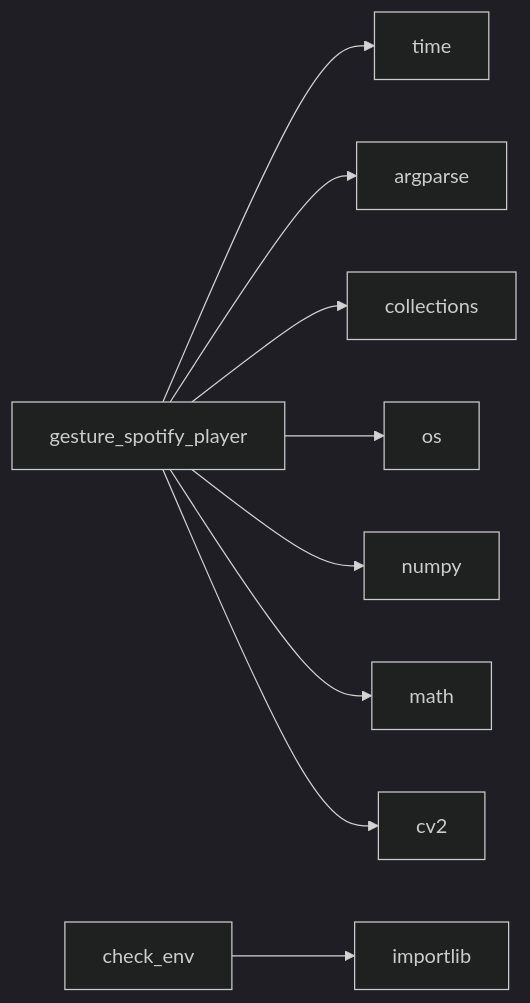
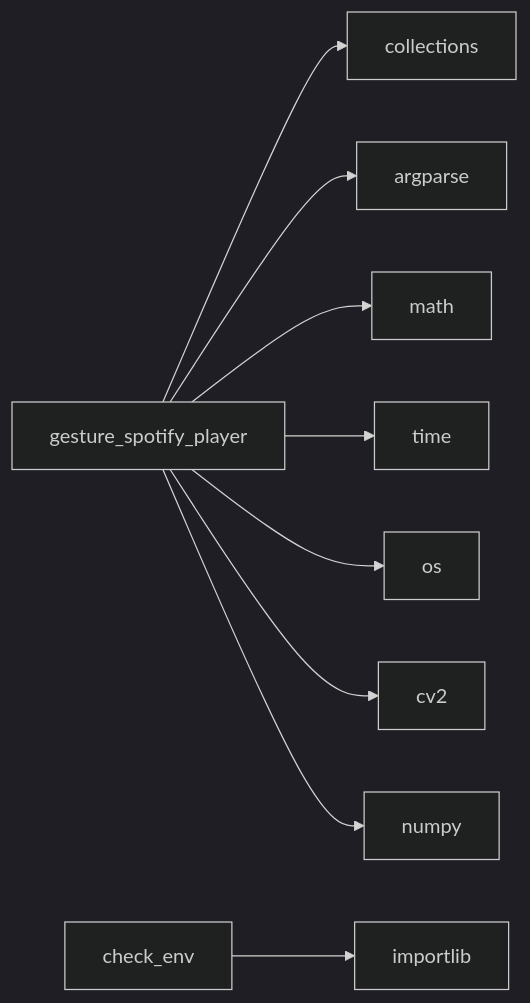
The diagram in .github/docs/dependencies.md (NITISH-R-G/PalmPlay1), drawn with Mermaid (dark theme) before and after one commit. The commit also changed other lines of this file and 3 other files, not shown here.

Commit message:
docs: update repository documentation and diagrams [skip ci]

````diff
--- a/.github/docs/dependencies.md
+++ b/.github/docs/dependencies.md
@@ -3,15 +3,15 @@
 ```mermaid
 graph LR
     gesture_spotify_player[gesture_spotify_player]
+    gesture_spotify_player --> collections[collections]
+    gesture_spotify_player --> argparse[argparse]
+    gesture_spotify_player --> math[math]
     gesture_spotify_player --> time[time]
-    gesture_spotify_player --> argparse[argparse]
-    gesture_spotify_player --> collections[collections]
     gesture_spotify_player --> os[os]
+    gesture_spotify_player --> cv2[cv2]
     gesture_spotify_player --> numpy[numpy]
-    gesture_spotify_player --> math[math]
-    gesture_spotify_player --> cv2[cv2]
     check_env[check_env]
     check_env --> importlib[importlib]
     click gesture_spotify_player href "https://github.com/NITISH-R-G/PalmPlay1/blob/main/gesture_spotify_player.py" "View source code"
     click check_env href "https://github.com/NITISH-R-G/PalmPlay1/blob/main/check_env.py" "View source code"
 ```
````
